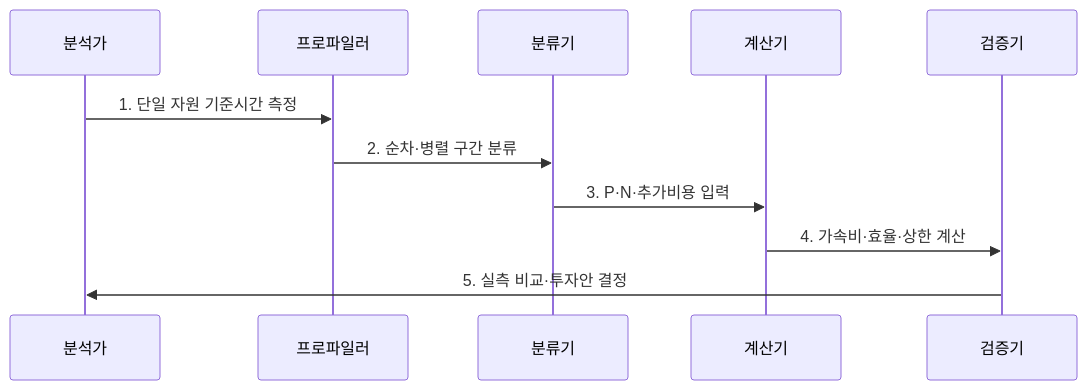
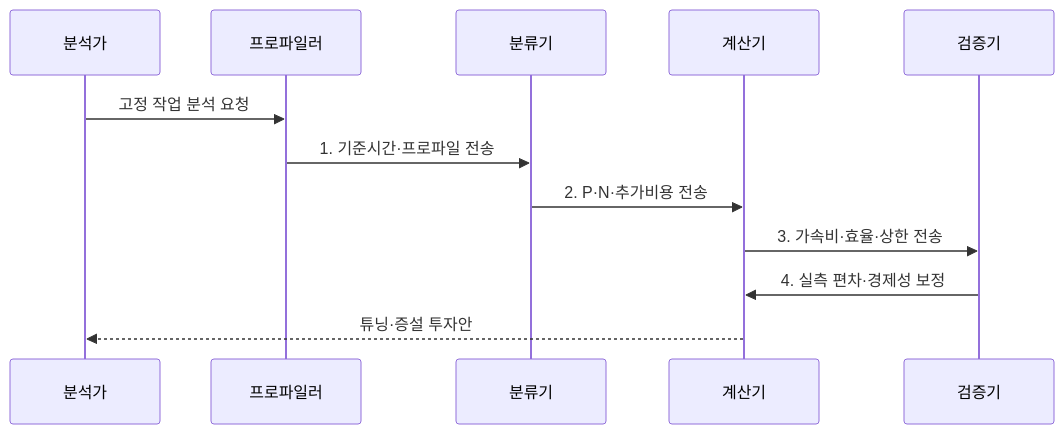
The second of 2 diagrams in src/content/docs/notes/06-evaluation/005_amdahls_law.md (agnusdei1207/knowledge-base), drawn with Mermaid before and after one commit. The commit also changed other lines of this file and 20 other files, not shown here.

````diff
--- a/src/content/docs/notes/06-evaluation/005_amdahls_law.md
+++ b/src/content/docs/notes/06-evaluation/005_amdahls_law.md
@@ -78,13 +78,14 @@
 ```mermaid
 sequenceDiagram
   participant A as 분석가
   participant P as 프로파일러
   participant M as 분류기
   participant C as 계산기
   participant V as 검증기
-  A->>P: 1. 단일 자원 기준시간 측정
-  P->>M: 2. 순차·병렬 구간 분류
-  M->>C: 3. P·N·추가비용 입력
-  C->>V: 4. 가속비·효율·상한 계산
-  V->>A: 5. 실측 비교·투자안 결정
+  A->>P: 고정 작업 분석 요청
+  P->>M: 1. 기준시간·프로파일 전송
+  M->>C: 2. P·N·추가비용 전송
+  C->>V: 3. 가속비·효율·상한 전송
+  V->>C: 4. 실측 편차·경제성 보정
+  C-->>A: 튜닝·증설 투자안
 ```
````
